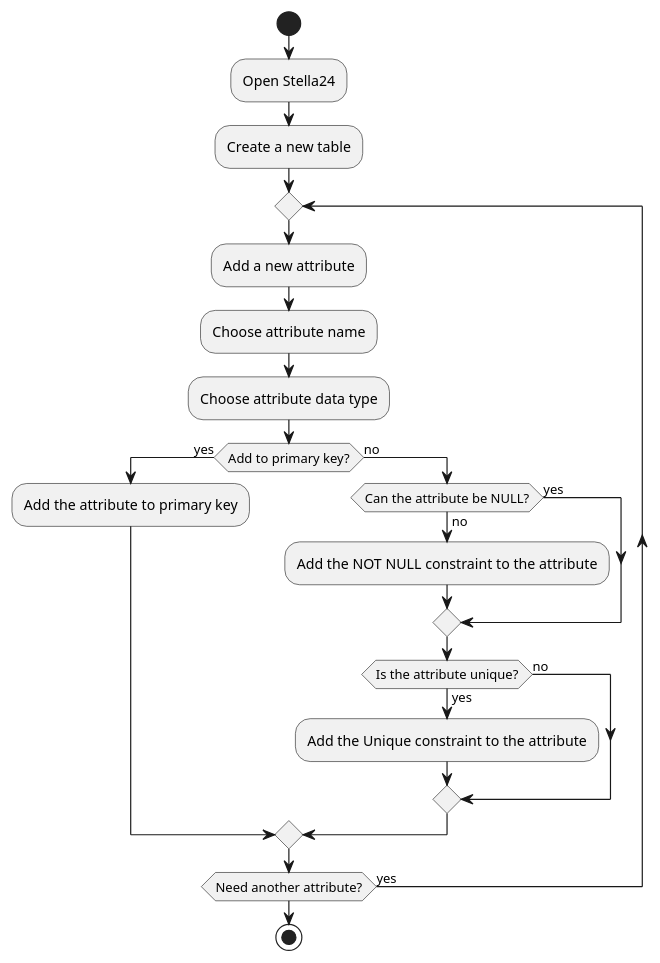
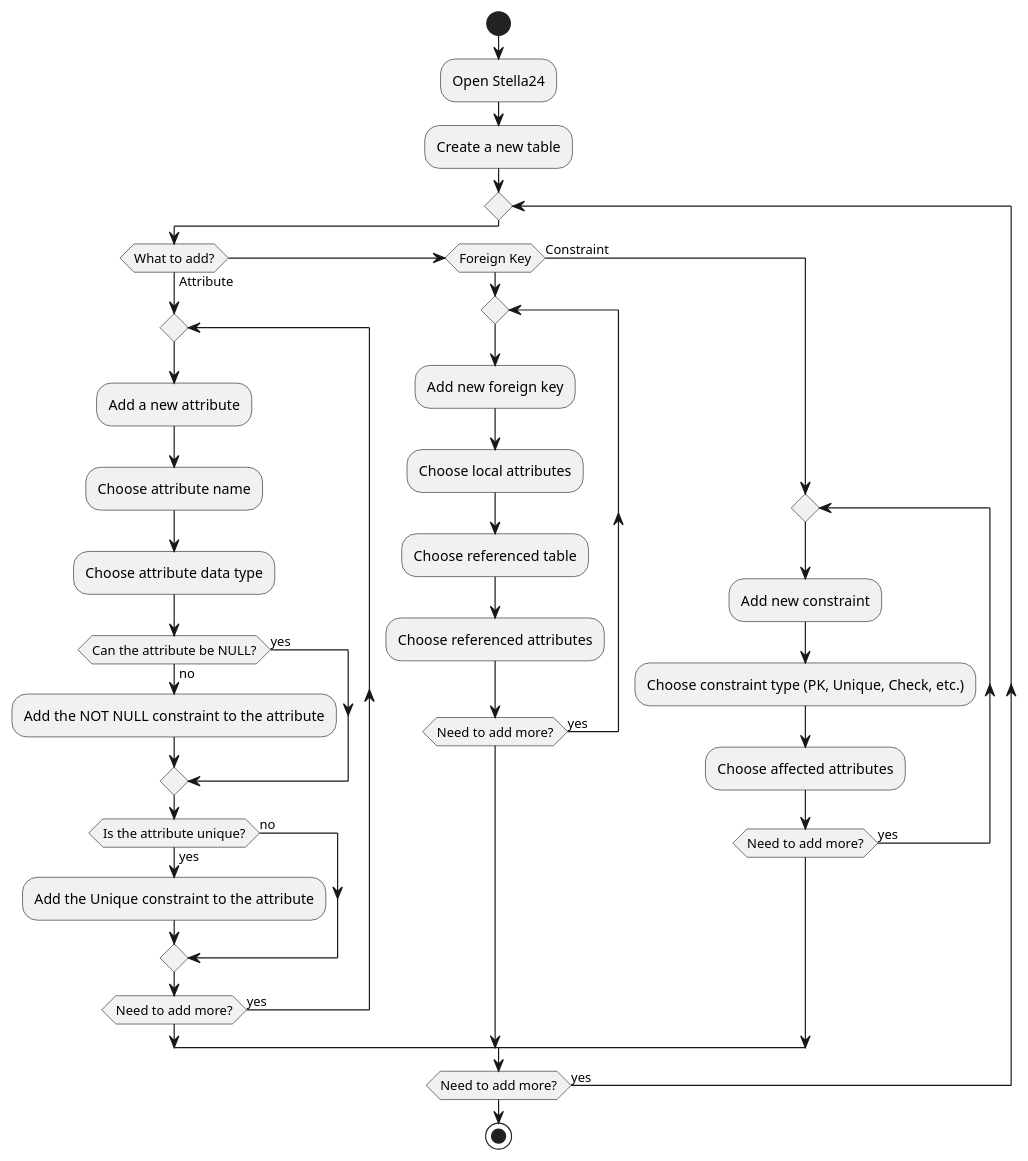
One commit to FilipFurar/stella24 changed the diagram in uml/create_diagram.puml. Above: the diagram before and after it, drawn with PlantUML. The commit also changed 1 other file, not shown here.

Commit message:
create a class diagram of my model

```diff
--- a/uml/create_diagram.puml
+++ b/uml/create_diagram.puml
@@ -1,27 +1,38 @@
 @startuml
 start
 :Open Stella24;
 :Create a new table;
 
 repeat
-  :Add a new attribute;
-  :Choose attribute name;
-  :Choose attribute data type;
-
-  if (Add to primary key?) then (yes)
-    :Add the attribute to primary key;
-  else (no)
-  if (Can the attribute be NULL?) then (no)
-      :Add the NOT NULL constraint to the attribute;
-  else (yes)
-    endif
-  if (Is the attribute unique?) then (yes)
-      :Add the Unique constraint to the attribute;
-  else (no)
-    endif
+  if (What to add?) then (Attribute)
+    repeat
+      :Add a new attribute;
+      :Choose attribute name;
+      :Choose attribute data type;
+      if (Can the attribute be NULL?) then (no)
+        :Add the NOT NULL constraint to the attribute;
+      else (yes)
+      endif
+      if (Is the attribute unique?) then (yes)
+        :Add the Unique constraint to the attribute;
+      else (no)
+      endif
+    repeat while (Need to add more?) is (yes)
+  elseif (Foreign Key) then
+    repeat
+      :Add new foreign key;
+      :Choose local attributes;
+      :Choose referenced table;
+      :Choose referenced attributes;
+    repeat while (Need to add more?) is (yes)
+  else (Constraint)
+    repeat
+      :Add new constraint;
+      :Choose constraint type (PK, Unique, Check, etc.);
+      :Choose affected attributes;
+    repeat while (Need to add more?) is (yes)
   endif
-
-repeat while (Need another attribute?) is (yes)
+repeat while (Need to add more?) is (yes)
 
 stop
 @enduml
```
